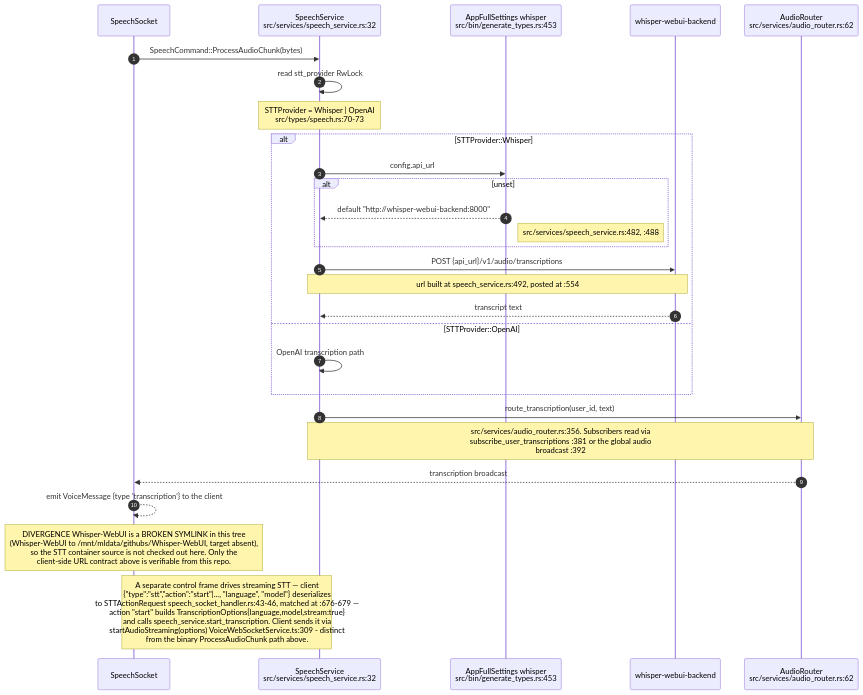
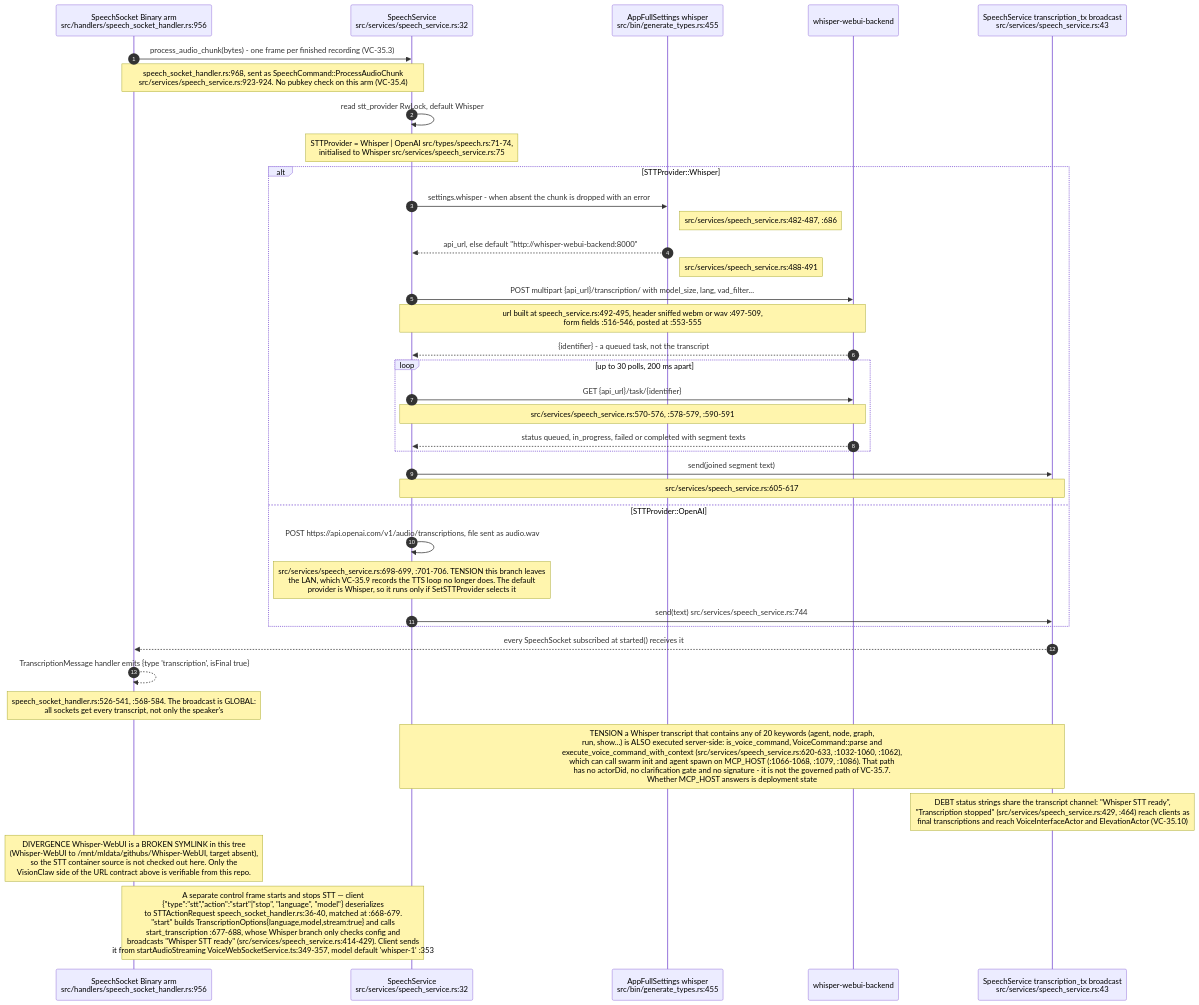
Before and after one commit to DreamLab-AI/VisionFlow: the fifth of 12 diagrams in docs/diagrams/visionclaw/35-voice-end-to-end.md, drawn with Mermaid. The commit also changed other lines of this file and 173 other files, not shown here.

First line of the commit message:
docs(audit): estate audit wave 3, agentbox and VisionClaw; ledger complete

````diff
--- a/docs/diagrams/visionclaw/35-voice-end-to-end.md
+++ b/docs/diagrams/visionclaw/35-voice-end-to-end.md
@@ -271,31 +281,41 @@
 ```mermaid
 sequenceDiagram
     autonumber
-    participant SS as SpeechSocket
+    participant SS as SpeechSocket Binary arm<br/>src/handlers/speech_socket_handler.rs:956
     participant SP as SpeechService<br/>src/services/speech_service.rs:32
-    participant CFG as AppFullSettings whisper<br/>src/bin/generate_types.rs:453
+    participant CFG as AppFullSettings whisper<br/>src/bin/generate_types.rs:455
     participant WH as whisper-webui-backend
-    participant AR as AudioRouter<br/>src/services/audio_router.rs:62
+    participant TX as SpeechService transcription_tx broadcast<br/>src/services/speech_service.rs:43
 
-    SS->>SP: SpeechCommand::ProcessAudioChunk(bytes)
-    SP->>SP: read stt_provider RwLock
-    Note over SP: STTProvider = Whisper | OpenAI<br/>src/types/speech.rs:70-73
+    SS->>SP: process_audio_chunk(bytes) - one frame per finished recording (VC-35.3)
+    Note over SS,SP: speech_socket_handler.rs:968, sent as SpeechCommand::ProcessAudioChunk<br/>src/services/speech_service.rs:923-924. No pubkey check on this arm (VC-35.4)
+    SP->>SP: read stt_provider RwLock, default Whisper
+    Note over SP: STTProvider = Whisper | OpenAI src/types/speech.rs:71-74,<br/>initialised to Whisper src/services/speech_service.rs:75
     alt STTProvider::Whisper
-        SP->>CFG: config.api_url
-        alt unset
-            CFG-->>SP: default "http://whisper-webui-backend:8000"
-            Note right of CFG: src/services/speech_service.rs:482, :488
+        SP->>CFG: settings.whisper - when absent the chunk is dropped with an error
+        Note right of CFG: src/services/speech_service.rs:482-487, :686
+        CFG-->>SP: api_url, else default "http://whisper-webui-backend:8000"
+        Note right of CFG: src/services/speech_service.rs:488-491
+        SP->>WH: POST multipart {api_url}/transcription/ with model_size, lang, vad_filter...
+        Note over SP,WH: url built at speech_service.rs:492-495, header sniffed webm or wav :497-509,<br/>form fields :516-546, posted at :553-555
+        WH-->>SP: {identifier} - a queued task, not the transcript
+        loop up to 30 polls, 200 ms apart
+            SP->>WH: GET {api_url}/task/{identifier}
+            Note over SP,WH: src/services/speech_service.rs:570-576, :578-579, :590-591
+            WH-->>SP: status queued, in_progress, failed or completed with segment texts
         end
-        SP->>WH: POST {api_url}/v1/audio/transcriptions
-        Note over SP,WH: url built at speech_service.rs:492, posted at :554
-        WH-->>SP: transcript text
+        SP->>TX: send(joined segment text)
+        Note over SP,TX: src/services/speech_service.rs:605-617
     else STTProvider::OpenAI
-        SP->>SP: OpenAI transcription path
+        SP->>SP: POST https://api.openai.com/v1/audio/transcriptions, file sent as audio.wav
+        Note over SP: src/services/speech_service.rs:698-699, :701-706. TENSION this branch leaves<br/>the LAN, which VC-35.9 records the TTS loop no longer does. The default<br/>provider is Whisper, so it runs only if SetSTTProvider selects it
+        SP->>TX: send(text) src/services/speech_service.rs:744
     end
-    SP->>AR: route_transcription(user_id, text)
-    Note over SP,AR: src/services/audio_router.rs:356. Subscribers read via<br/>subscribe_user_transcriptions :381 or the global audio<br/>broadcast :392
-    AR-->>SS: transcription broadcast
-    SS-->>SS: emit VoiceMessage {type 'transcription'} to the client
-    Note over SS: DIVERGENCE Whisper-WebUI is a BROKEN SYMLINK in this tree<br/>(Whisper-WebUI to /mnt/mldata/githubs/Whisper-WebUI, target absent),<br/>so the STT container source is not checked out here. Only the<br/>client-side URL contract above is verifiable from this repo.
-    Note over SS,SP: A separate control frame drives streaming STT — client<br/>{"type":"stt","action":"start"|..., "language", "model"} deserializes<br/>to STTActionRequest speech_socket_handler.rs:43-46, matched at :676-679 —<br/>action "start" builds TranscriptionOptions{language,model,stream:true}<br/>and calls speech_service.start_transcription. Client sends it via<br/>startAudioStreaming(options) VoiceWebSocketService.ts:309 - distinct<br/>from the binary ProcessAudioChunk path above.
+    TX-->>SS: every SpeechSocket subscribed at started() receives it
+    SS-->>SS: TranscriptionMessage handler emits {type 'transcription', isFinal true}
+    Note over SS: speech_socket_handler.rs:526-541, :568-584. The broadcast is GLOBAL:<br/>all sockets get every transcript, not only the speaker's
+    Note over SP,TX: TENSION a Whisper transcript that contains any of 20 keywords (agent, node, graph,<br/>run, show...) is ALSO executed server-side: is_voice_command, VoiceCommand::parse and<br/>execute_voice_command_with_context (src/services/speech_service.rs:620-633, :1032-1060, :1062),<br/>which can call swarm init and agent spawn on MCP_HOST (:1066-1068, :1079, :1086). That path<br/>has no actorDid, no clarification gate and no signature - it is not the governed path of VC-35.7.<br/>Whether MCP_HOST answers is deployment state
+    Note over TX: DEBT status strings share the transcript channel: "Whisper STT ready",<br/>"Transcription stopped" (src/services/speech_service.rs:429, :464) reach clients as<br/>final transcriptions and reach VoiceInterfaceActor and ElevationActor (VC-35.10)
+    Note over SS: DIVERGENCE Whisper-WebUI is a BROKEN SYMLINK in this tree<br/>(Whisper-WebUI to /mnt/mldata/githubs/Whisper-WebUI, target absent),<br/>so the STT container source is not checked out here. Only the<br/>VisionClaw side of the URL contract above is verifiable from this repo.
+    Note over SS,SP: A separate control frame starts and stops STT — client<br/>{"type":"stt","action":"start"|"stop", "language", "model"} deserializes<br/>to STTActionRequest speech_socket_handler.rs:36-40, matched at :668-679.<br/>"start" builds TranscriptionOptions{language,model,stream:true} and calls<br/>start_transcription :677-688, whose Whisper branch only checks config and<br/>broadcasts "Whisper STT ready" (src/services/speech_service.rs:414-429). Client sends<br/>it from startAudioStreaming VoiceWebSocketService.ts:349-357, model default 'whisper-1' :353
 ```
````
